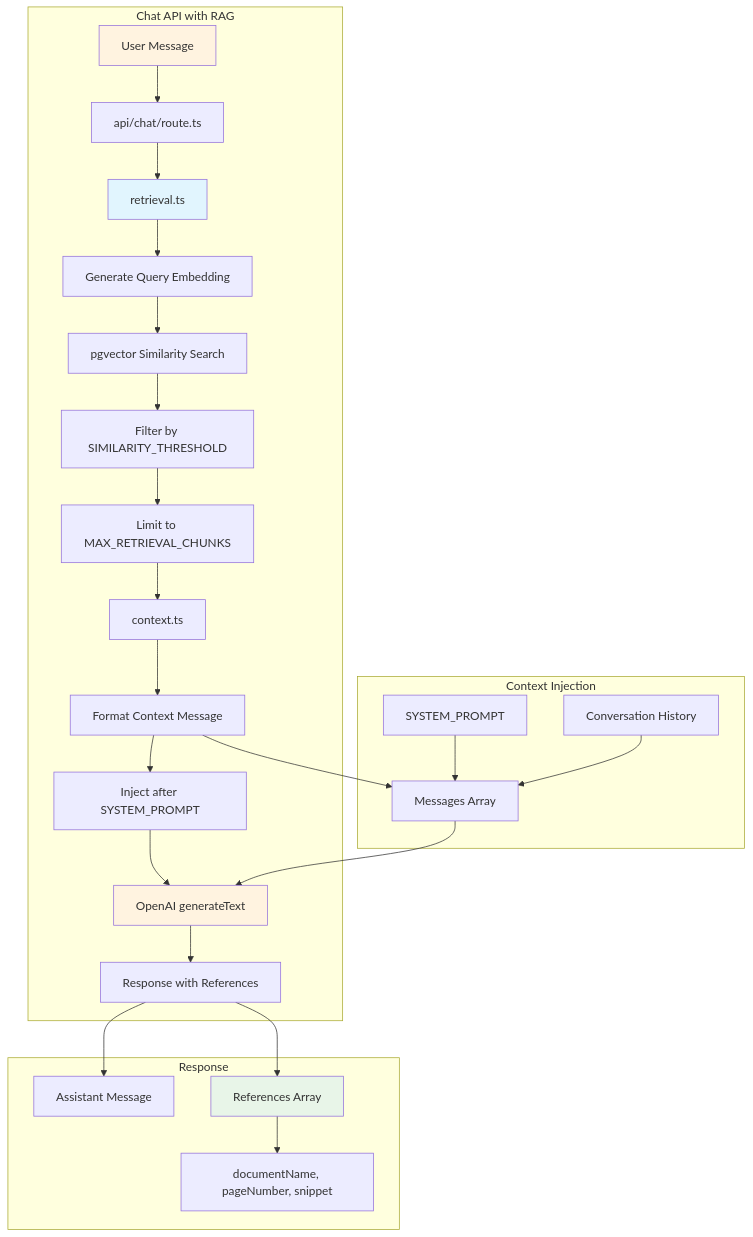
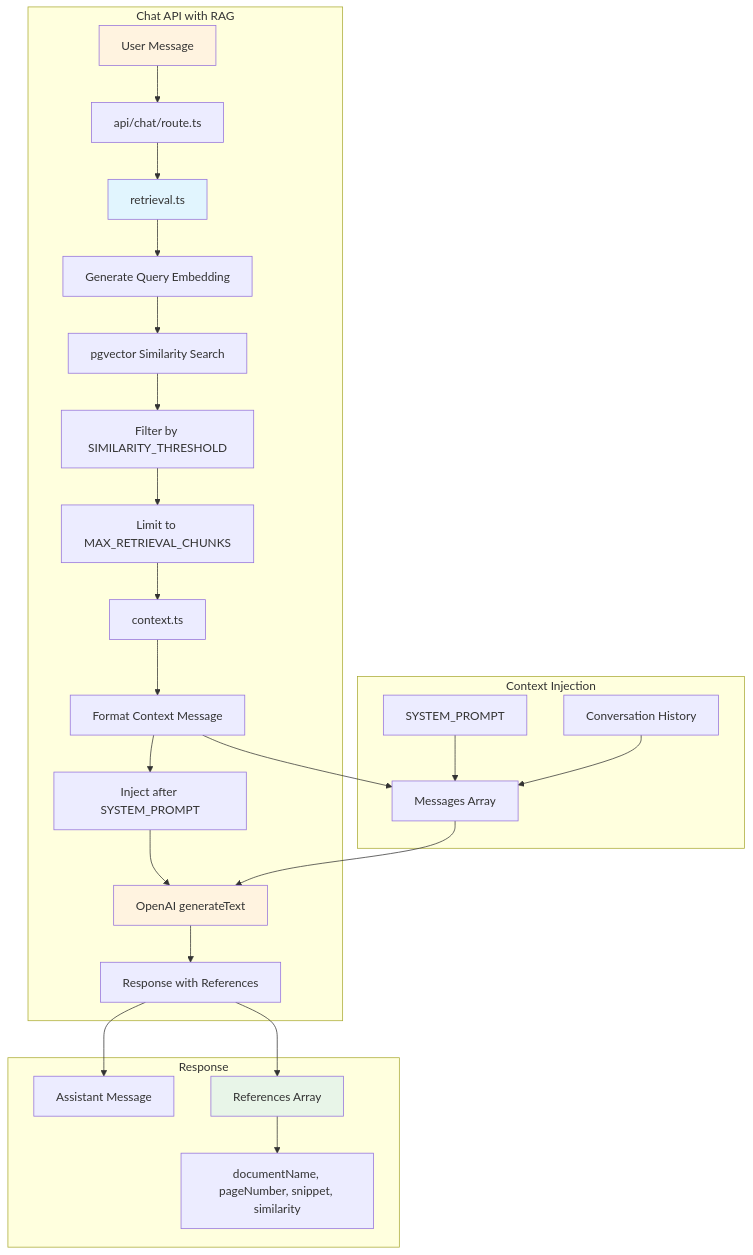
The eighth of 10 diagrams in docs/architecture/current-architecture.md (andrewdeanyoder/siebert-ai), drawn with Mermaid before and after one commit. The commit also changed other lines of this file and 5 other files, not shown here.

````diff
--- a/docs/architecture/current-architecture.md
+++ b/docs/architecture/current-architecture.md
@@ -297,34 +297,34 @@
 ```mermaid
 graph TB
     subgraph "Chat API with RAG"
         A[User Message] --> B[api/chat/route.ts]
         B --> C[retrieval.ts]
         C --> D[Generate Query Embedding]
         D --> E[pgvector Similarity Search]
         E --> F[Filter by SIMILARITY_THRESHOLD]
         F --> G[Limit to MAX_RETRIEVAL_CHUNKS]
         G --> H[context.ts]
         H --> I[Format Context Message]
         I --> J[Inject after SYSTEM_PROMPT]
         J --> K[OpenAI generateText]
         K --> L[Response with References]
     end
 
     subgraph "Context Injection"
         M[SYSTEM_PROMPT] --> N[Messages Array]
         I --> N
         O[Conversation History] --> N
         N --> K
     end
 
     subgraph "Response"
         L --> P[Assistant Message]
         L --> Q[References Array]
-        Q --> R[documentName, pageNumber, snippet]
+        Q --> R[documentName, pageNumber, snippet, similarity]
     end
 
     style A fill:#fff3e0
     style C fill:#e1f5fe
     style K fill:#fff3e0
     style Q fill:#e8f5e8
 ```
````
